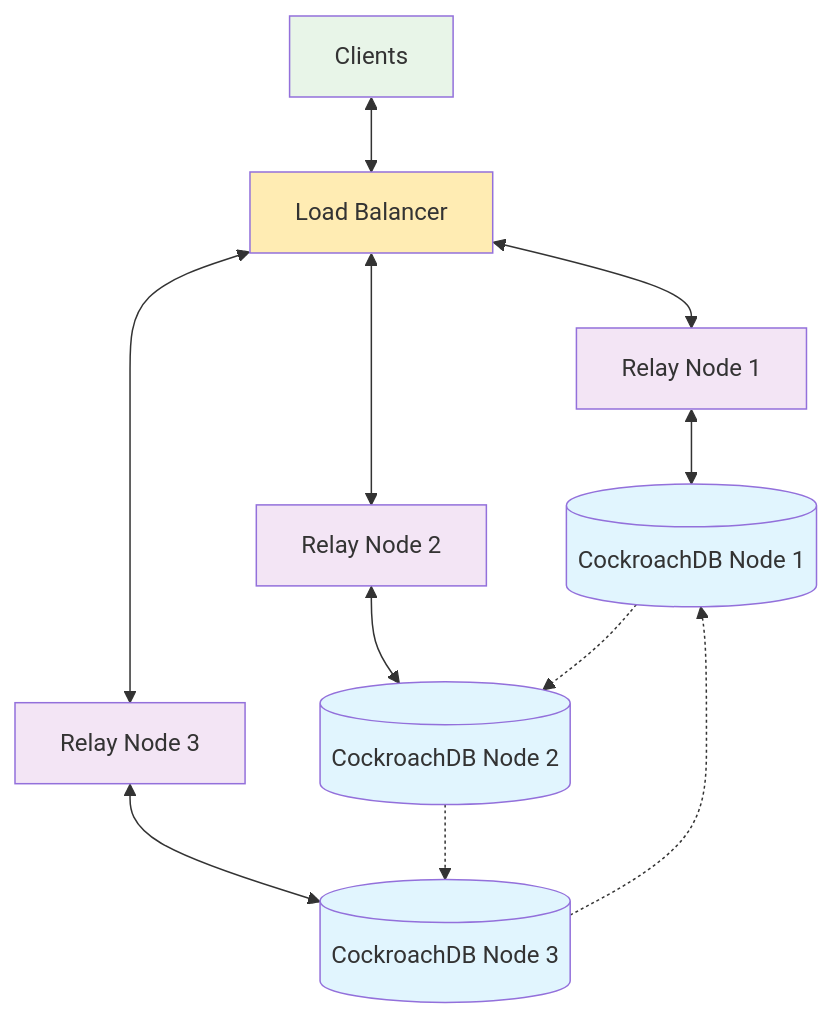
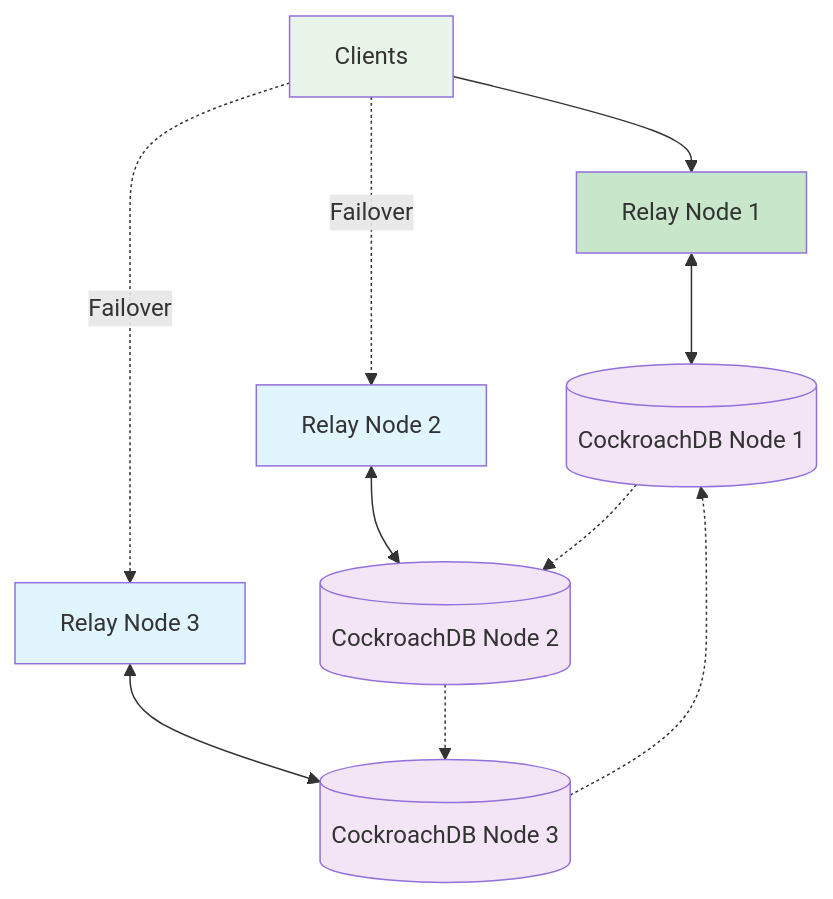
One commit to Shugur-Network/docs changed the sixth of 6 diagrams in src/content/docs/architecture.mdx. Above: the diagram before and after it, drawn with Mermaid. The commit also changed other lines of this file and 6 other files, not shown here.

Commit message:
📝 Update documentation to include Time Capsules feature and enhance clarity on Shugur Relay's architecture and configuration

````diff
--- a/src/content/docs/architecture.mdx
+++ b/src/content/docs/architecture.mdx
@@ -531,24 +533,22 @@
 ```mermaid
 graph TB
-    C[Clients] <--> LB[Load Balancer]
-    LB <--> R1[Relay Node 1]
-    LB <--> R2[Relay Node 2]
-    LB <--> R3[Relay Node 3]
+    C[Clients] --> R1[Relay Node 1]
+    C -.->|Failover| R2[Relay Node 2]
+    C -.->|Failover| R3[Relay Node 3]
     
     R1 <--> DB1[(CockroachDB Node 1)]
     R2 <--> DB2[(CockroachDB Node 2)]
     R3 <--> DB3[(CockroachDB Node 3)]
     
     DB1 -.-> DB2
     DB2 -.-> DB3
     DB3 -.-> DB1
     
-    style LB fill:#ffecb3
-    style R1 fill:#f3e5f5
-    style R2 fill:#f3e5f5
-    style R3 fill:#f3e5f5
-    style DB1 fill:#e1f5fe
-    style DB2 fill:#e1f5fe
-    style DB3 fill:#e1f5fe
+    style R1 fill:#c8e6c9
+    style R2 fill:#e1f5fe
+    style R3 fill:#e1f5fe
+    style DB1 fill:#f3e5f5
+    style DB2 fill:#f3e5f5
+    style DB3 fill:#f3e5f5
     style C fill:#e8f5e8
 ```
````
